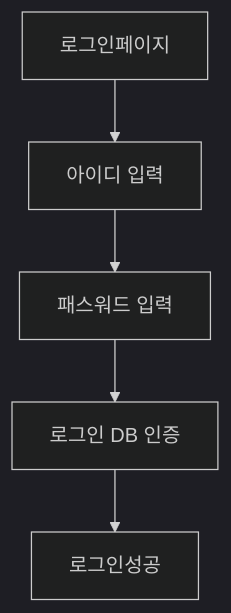
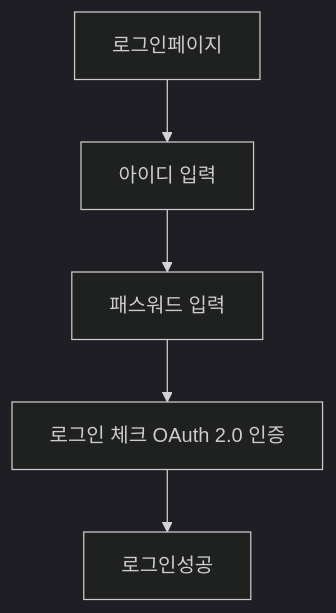
One commit to 95126m/OnboardingProject changed the first of 3 diagrams in login_기능정의서.md. Above: the diagram before and after it, drawn with Mermaid (dark theme). The commit also changed other lines of this file, not shown here.

````diff
--- a/login_기능정의서.md
+++ b/login_기능정의서.md
@@ -27,4 +29,4 @@
     ```mermaid
     flowchart TD
-    E[로그인페이지] --> A[아이디 입력]-->B[패스워드 입력]-->c[로그인 DB 인증]-->d[로그인성공]
+    E[로그인페이지] --> A[아이디 입력]-->B[패스워드 입력]-->c[로그인 체크 OAuth 2.0 인증]-->d[로그인성공]
     ```
````
